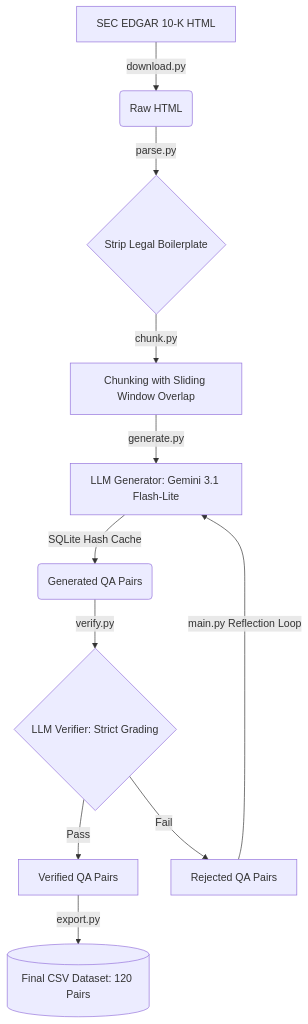
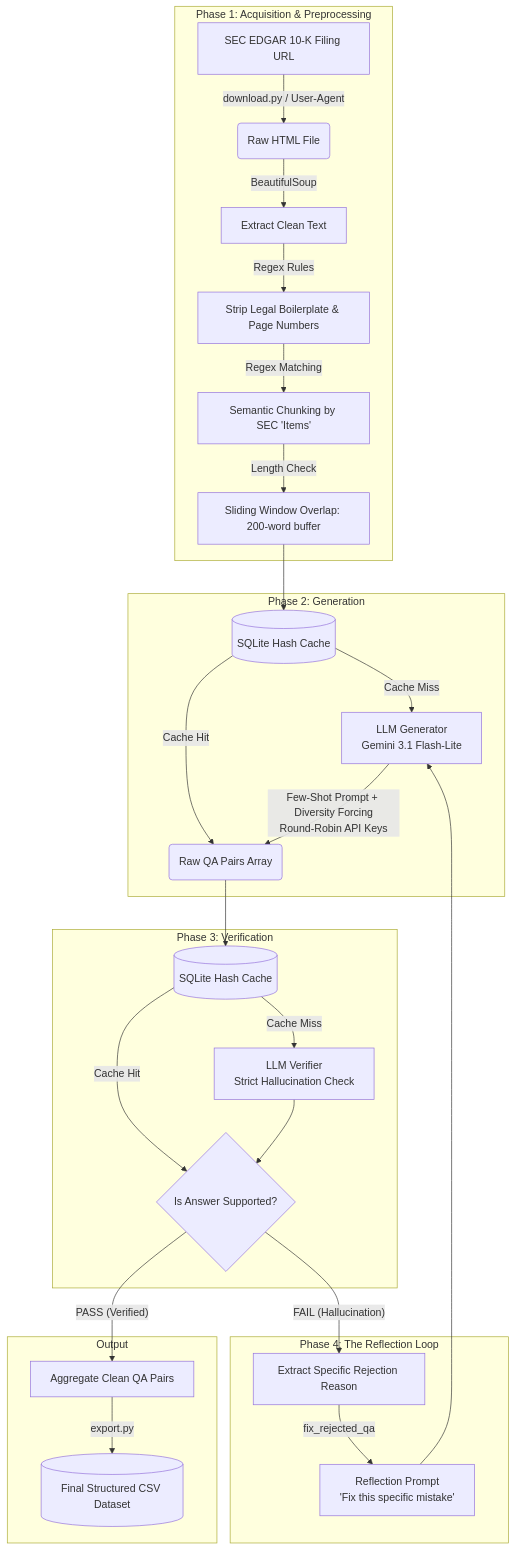
Before and after one commit to wizardwithcodehazard/CaliperLabs_Assignment: the diagram in README.md, drawn with Mermaid. The commit also changed other lines of this file, not shown here.

Commit message:
qa commit2

````diff
--- a/README.md
+++ b/README.md
@@ -9,13 +9,37 @@
 ```mermaid
-graph TD
-    A[SEC EDGAR 10-K HTML] -->|download.py| B(Raw HTML)
-    B -->|parse.py| C{Strip Legal Boilerplate}
-    C -->|chunk.py| D[Chunking with Sliding Window Overlap]
-    D -->|generate.py| E[LLM Generator: Gemini 3.1 Flash-Lite]
-    E -->|SQLite Hash Cache| F(Generated QA Pairs)
-    F -->|verify.py| G{LLM Verifier: Strict Grading}
-    G -->|Pass| H[Verified QA Pairs]
-    G -->|Fail| I[Rejected QA Pairs]
-    I -->|main.py Reflection Loop| E
-    H -->|export.py| J[(Final CSV Dataset: 120 Pairs)]
+flowchart TD
+    subgraph Phase 1: Acquisition & Preprocessing
+        A[SEC EDGAR 10-K Filing URL] -->|download.py / User-Agent| B(Raw HTML File)
+        B -->|BeautifulSoup| C[Extract Clean Text]
+        C -->|Regex Rules| D[Strip Legal Boilerplate & Page Numbers]
+        D -->|Regex Matching| E[Semantic Chunking by SEC 'Items']
+        E -->|Length Check| F[Sliding Window Overlap: 200-word buffer]
+    end
+
+    subgraph Phase 2: Generation
+        F --> G[(SQLite Hash Cache)]
+        G -- Cache Miss --> H[LLM Generator\nGemini 3.1 Flash-Lite]
+        G -- Cache Hit --> I(Raw QA Pairs Array)
+        
+        H -->|Few-Shot Prompt + Diversity Forcing\nRound-Robin API Keys| I
+    end
+
+    subgraph Phase 3: Verification
+        I --> J[(SQLite Hash Cache)]
+        J -- Cache Miss --> K[LLM Verifier\nStrict Hallucination Check]
+        J -- Cache Hit --> L{Is Answer Supported?}
+        
+        K --> L
+    end
+
+    subgraph Phase 4: The Reflection Loop
+        L -- FAIL (Hallucination) --> M[Extract Specific Rejection Reason]
+        M -->|fix_rejected_qa| N[Reflection Prompt\n'Fix this specific mistake']
+        N --> H
+    end
+
+    subgraph Output
+        L -- PASS (Verified) --> O[Aggregate Clean QA Pairs]
+        O -->|export.py| P[(Final Structured CSV Dataset)]
+    end
 ```
````
